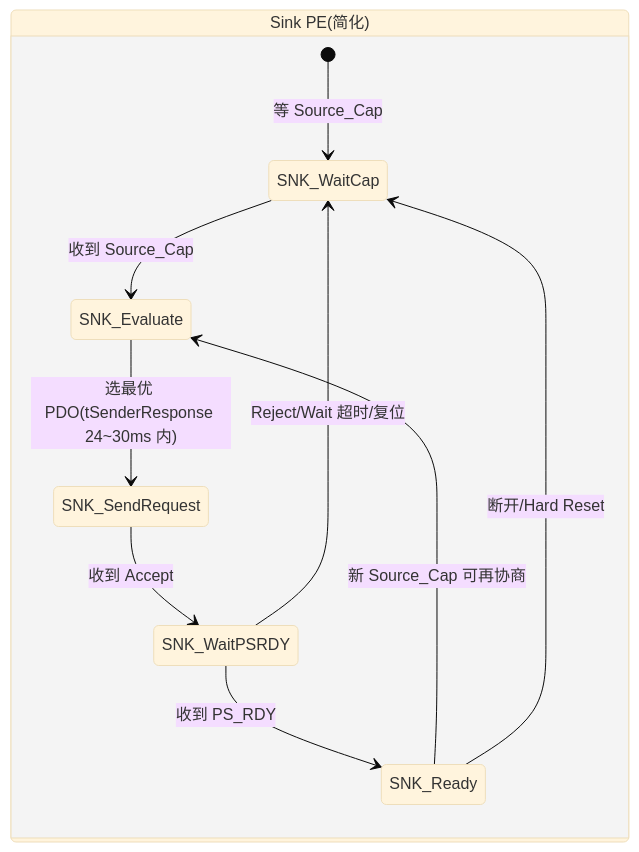
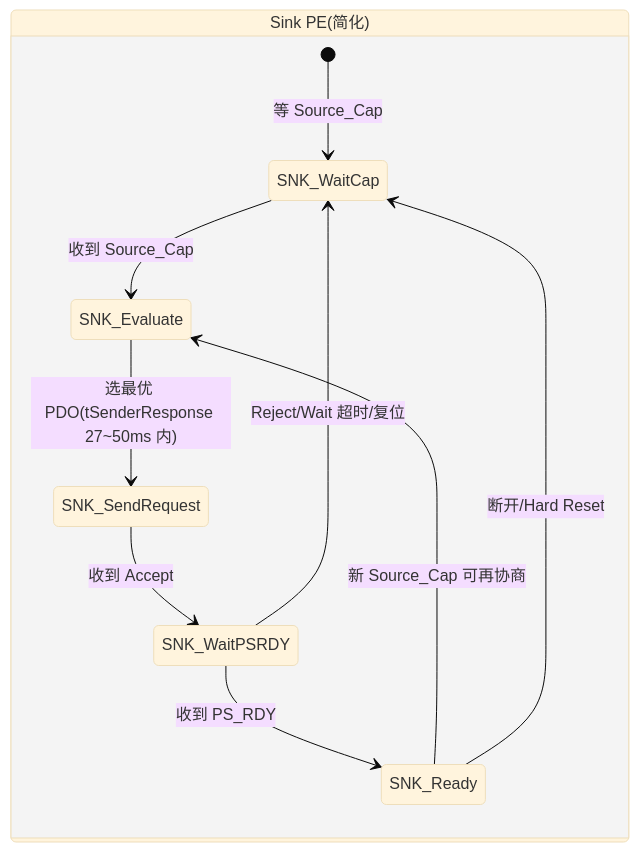
The fourth of 7 diagrams in ai-kb/22-usb-pd.md (tangjianfang/USBTree), drawn with Mermaid (base theme) before and after one commit. The commit also changed other lines of this file and 110 other files, not shown here.

````diff
--- a/ai-kb/22-usb-pd.md
+++ b/ai-kb/22-usb-pd.md
@@ -342,13 +342,13 @@
 ```mermaid
 stateDiagram-v2
     state "Sink PE(简化)" as snk {
         [*] --> SNK_WaitCap: 等 Source_Cap
         SNK_WaitCap --> SNK_Evaluate: 收到 Source_Cap
-        SNK_Evaluate --> SNK_SendRequest: 选最优 PDO(tSenderResponse 24~30ms 内)
+        SNK_Evaluate --> SNK_SendRequest: 选最优 PDO(tSenderResponse 27~50ms 内)
         SNK_SendRequest --> SNK_WaitPSRDY: 收到 Accept
         SNK_WaitPSRDY --> SNK_Ready: 收到 PS_RDY
         SNK_WaitPSRDY --> SNK_WaitCap: Reject/Wait 超时/复位
         SNK_Ready --> SNK_Evaluate: 新 Source_Cap 可再协商
         SNK_Ready --> SNK_WaitCap: 断开/Hard Reset
     }
 ```
````
